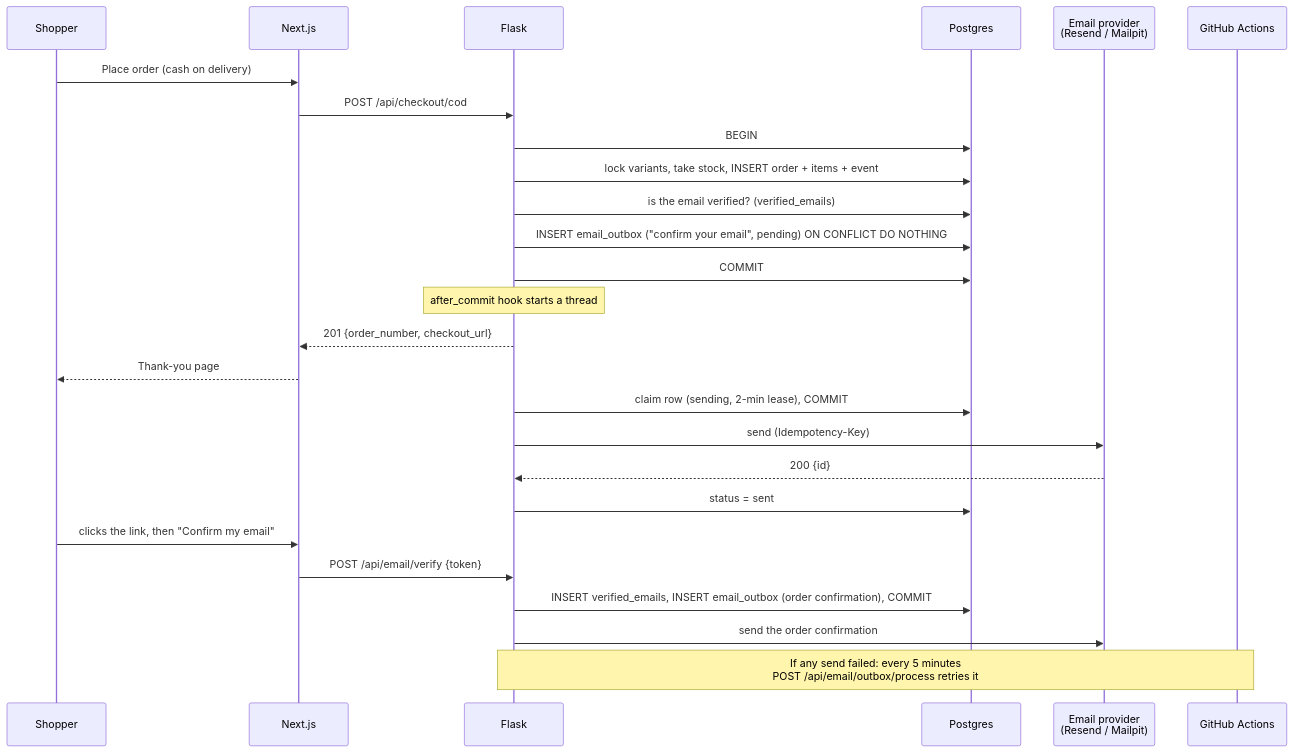
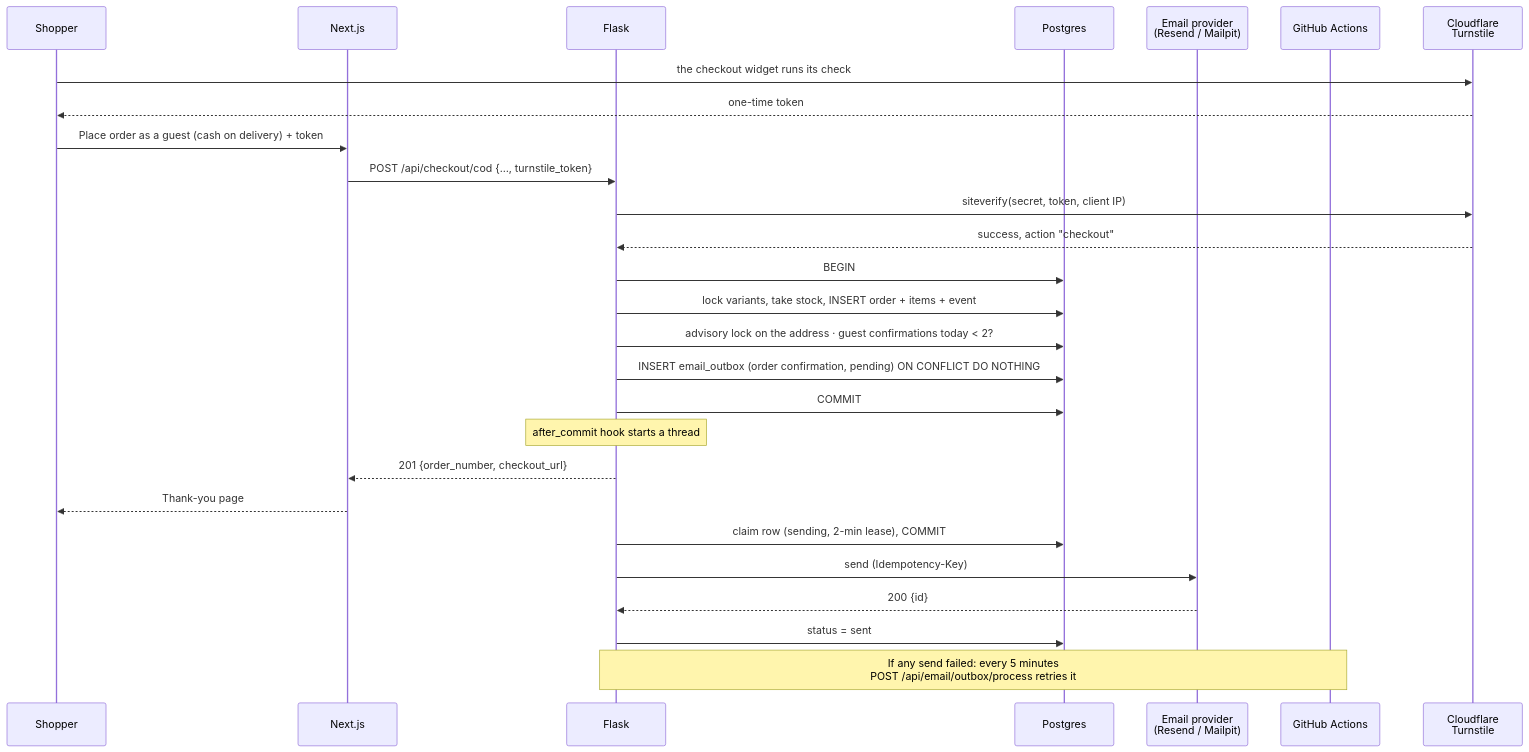
One commit to abdullahrasheed102/kora-store changed the second of 2 diagrams in docs/guide/08a-email-notifications.md. Above: the diagram before and after it, drawn with Mermaid. The commit also changed other lines of this file and 47 other files, not shown here.

First line of the commit message:
Phase 8A fixes: check-your-email sign-up flow, guests skip verification, Turnstile

````diff
--- a/docs/guide/08a-email-notifications.md
+++ b/docs/guide/08a-email-notifications.md
@@ -275,29 +358,31 @@
 ```mermaid
 sequenceDiagram
     participant S as Shopper
     participant N as Next.js
     participant F as Flask
     participant DB as Postgres
     participant M as Email provider<br/>(Resend / Mailpit)
     participant G as GitHub Actions
 
-    S->>N: Place order (cash on delivery)
-    N->>F: POST /api/checkout/cod
+    participant CF as Cloudflare<br/>Turnstile
+
+    S->>CF: the checkout widget runs its check
+    CF-->>S: one-time token
+    S->>N: Place order as a guest (cash on delivery) + token
+    N->>F: POST /api/checkout/cod {…, turnstile_token}
+    F->>CF: siteverify(secret, token, client IP)
+    CF-->>F: success, action "checkout"
     F->>DB: BEGIN
     F->>DB: lock variants, take stock, INSERT order + items + event
-    F->>DB: is the email verified? (verified_emails)
-    F->>DB: INSERT email_outbox ("confirm your email", pending) ON CONFLICT DO NOTHING
+    F->>DB: advisory lock on the address · guest confirmations today < 2?
+    F->>DB: INSERT email_outbox (order confirmation, pending) ON CONFLICT DO NOTHING
     F->>DB: COMMIT
     Note over F: after_commit hook starts a thread
     F-->>N: 201 {order_number, checkout_url}
     N-->>S: Thank-you page
     F->>DB: claim row (sending, 2-min lease), COMMIT
     F->>M: send (Idempotency-Key)
     M-->>F: 200 {id}
     F->>DB: status = sent
-    S->>N: clicks the link, then "Confirm my email"
-    N->>F: POST /api/email/verify {token}
-    F->>DB: INSERT verified_emails, INSERT email_outbox (order confirmation), COMMIT
-    F->>M: send the order confirmation
     Note over G,F: If any send failed: every 5 minutes<br/>POST /api/email/outbox/process retries it
 ```
````
